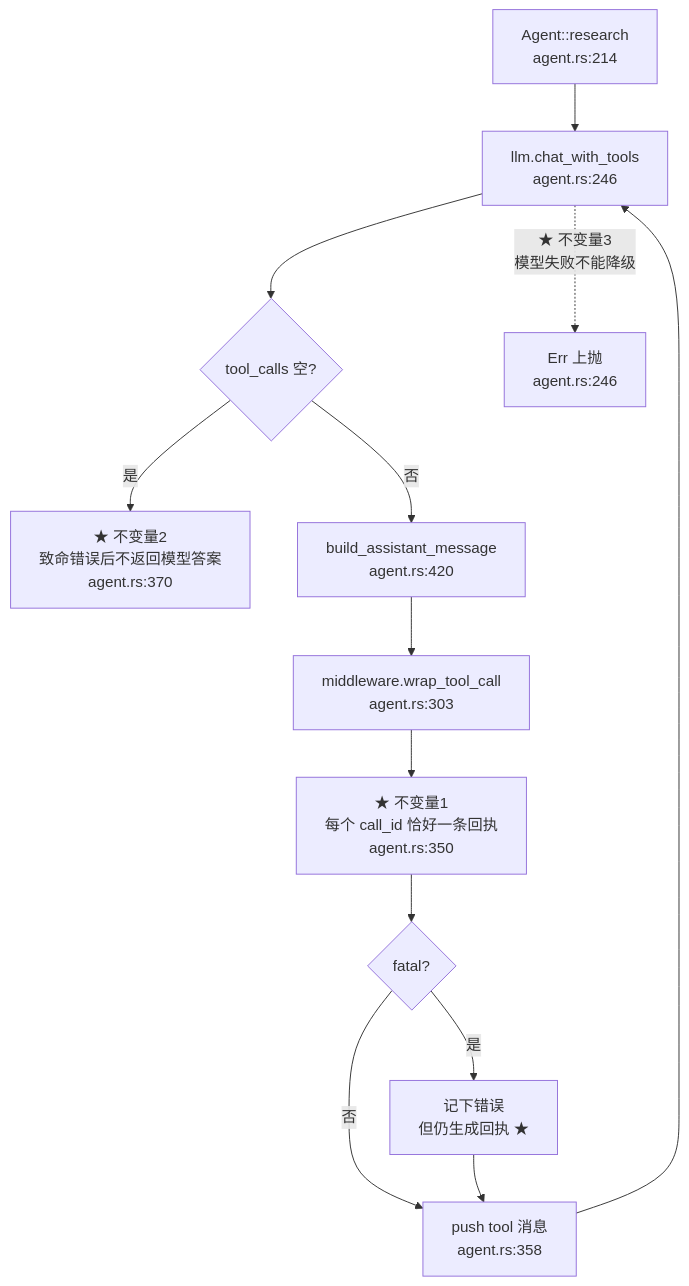
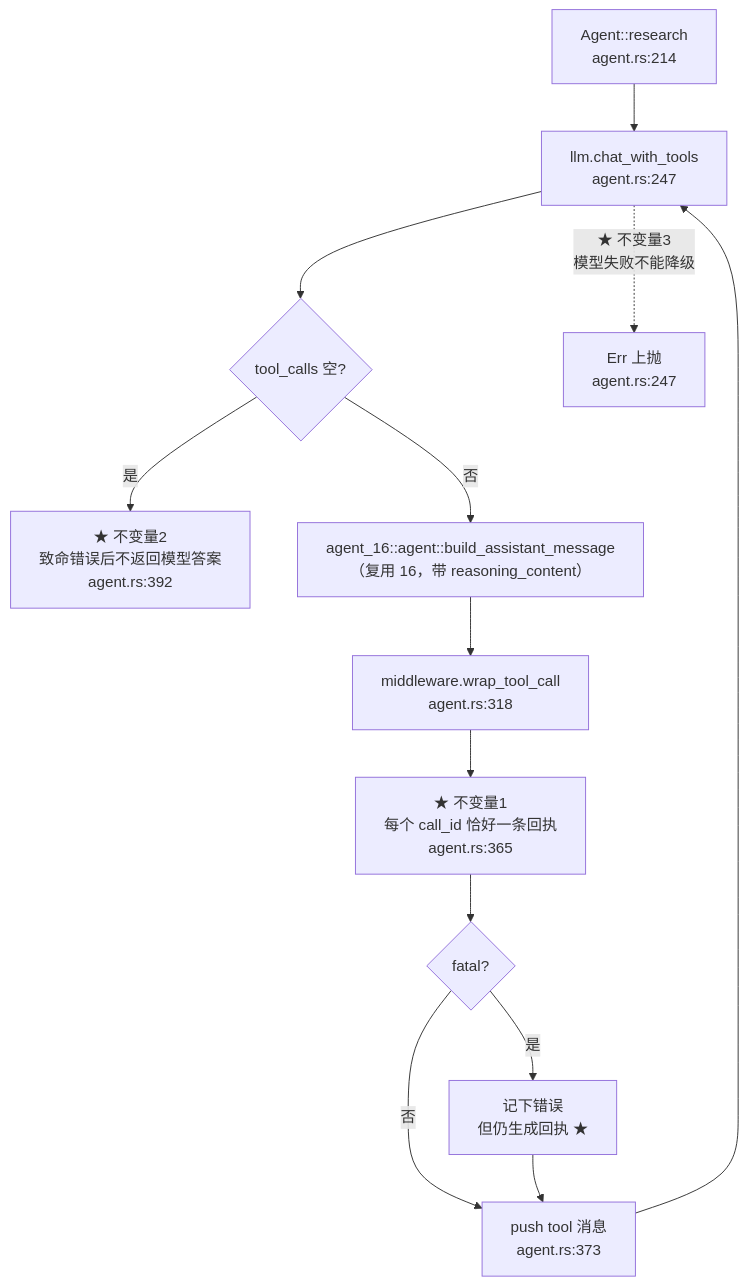
One commit to heheshang/agent-learn changed the sixth of 10 diagrams in 19-agent-summary/README.md. Above: the diagram before and after it, drawn with Mermaid. The commit also changed other lines of this file and 33 other files, not shown here.

````diff
--- a/19-agent-summary/README.md
+++ b/19-agent-summary/README.md
@@ -356,15 +356,15 @@
 ```mermaid
 graph TD
-    A["Agent::research<br/>agent.rs:214"] --> B["llm.chat_with_tools<br/>agent.rs:246"]
+    A["Agent::research<br/>agent.rs:214"] --> B["llm.chat_with_tools<br/>agent.rs:247"]
     B --> C{"tool_calls 空?"}
-    C -->|"是"| D["★ 不变量2<br/>致命错误后不返回模型答案<br/>agent.rs:370"]
-    C -->|"否"| E["build_assistant_message<br/>agent.rs:420"]
-    E --> F["middleware.wrap_tool_call<br/>agent.rs:303"]
-    F --> G["★ 不变量1<br/>每个 call_id 恰好一条回执<br/>agent.rs:350"]
+    C -->|"是"| D["★ 不变量2<br/>致命错误后不返回模型答案<br/>agent.rs:392"]
+    C -->|"否"| E["agent_16::agent::build_assistant_message<br/>（复用 16，带 reasoning_content）"]
+    E --> F["middleware.wrap_tool_call<br/>agent.rs:318"]
+    F --> G["★ 不变量1<br/>每个 call_id 恰好一条回执<br/>agent.rs:365"]
     G --> H{"fatal?"}
     H -->|"是"| I["记下错误<br/>但仍生成回执 ★"]
-    H -->|"否"| J["push tool 消息<br/>agent.rs:358"]
+    H -->|"否"| J["push tool 消息<br/>agent.rs:373"]
     I --> J
     J --> B
-    B -.->|"★ 不变量3<br/>模型失败不能降级"| K["Err 上抛<br/>agent.rs:246"]
+    B -.->|"★ 不变量3<br/>模型失败不能降级"| K["Err 上抛<br/>agent.rs:247"]
 ```
````
